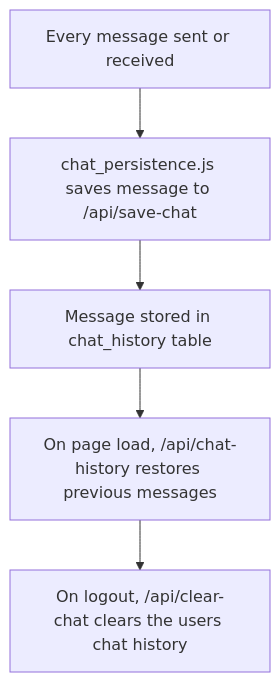
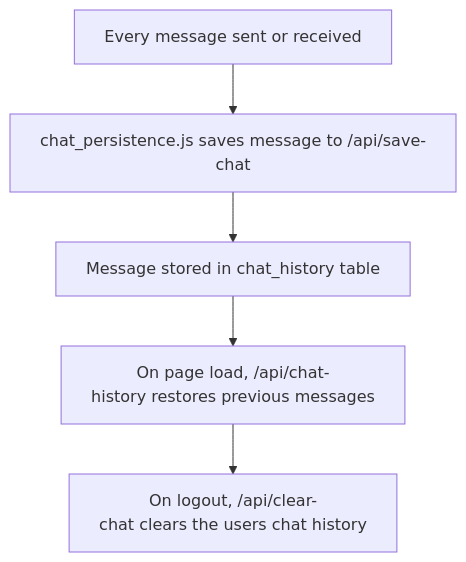
Diagram 11 of 15 in STEP_BY_STEP_GUIDE.md (chaitanyasaiyerra/Musuem-chatbot), drawn with Mermaid before and after one commit. The commit also changed other lines of this file and 1 other file, not shown here.

Commit message:
docs: replace spaces with nbsp in mermaid diagrams to force single-line rendering

````diff
--- a/STEP_BY_STEP_GUIDE.md
+++ b/STEP_BY_STEP_GUIDE.md
@@ -176,7 +176,7 @@
 ```mermaid
 graph TD
-    A["Every message sent or received"] --> B["chat_persistence.js saves message to /api/save-chat"]
-    B --> C["Message stored in chat_history table"]
-    C --> D["On page load, /api/chat-history restores previous messages"]
-    D --> E["On logout, /api/clear-chat clears the users chat history"]
+    A["Every&nbsp;message&nbsp;sent&nbsp;or&nbsp;received"] --> B["chat_persistence.js&nbsp;saves&nbsp;message&nbsp;to&nbsp;/api/save-chat"]
+    B --> C["Message&nbsp;stored&nbsp;in&nbsp;chat_history&nbsp;table"]
+    C --> D["On&nbsp;page&nbsp;load,&nbsp;/api/chat-history&nbsp;restores&nbsp;previous&nbsp;messages"]
+    D --> E["On&nbsp;logout,&nbsp;/api/clear-chat&nbsp;clears&nbsp;the&nbsp;users&nbsp;chat&nbsp;history"]
 ```
````
